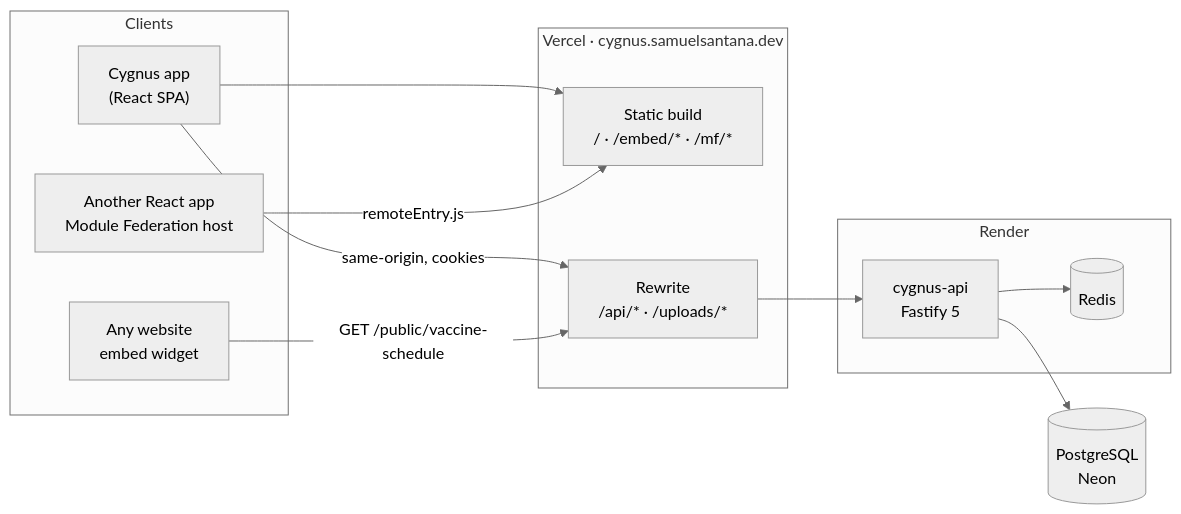
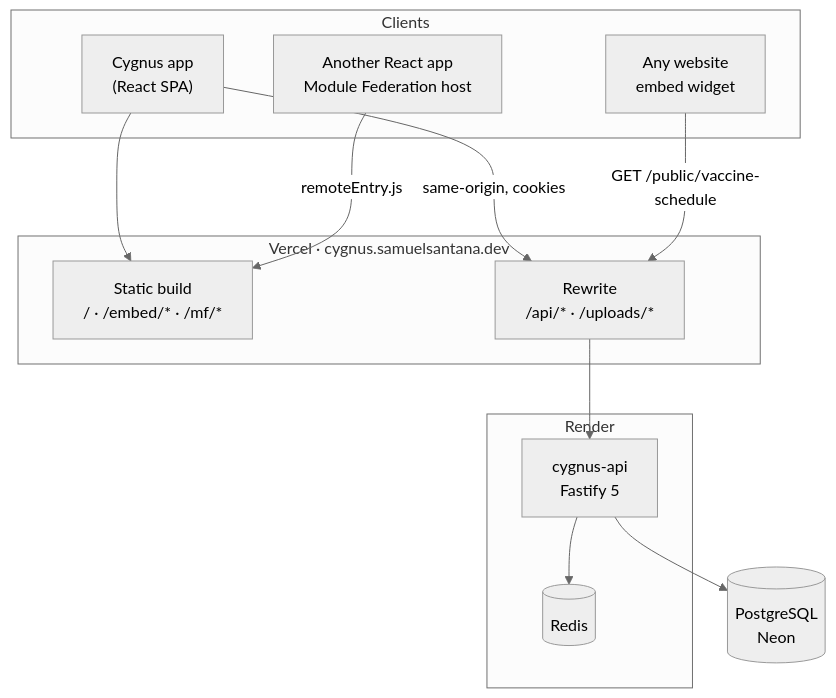
The diagram in README.md (samuelcsantana/cygnus), drawn with Mermaid (neutral theme) before and after one commit.

Commit message:
docs(readme): draw the architecture top to bottom
Left to right, the diagram was wider than the README column on GitHub, and the database node was cut off behind the zoom controls. Top to bottom it fits at 880px with its labels readable.

````diff
--- a/README.md
+++ b/README.md
@@ -120,25 +120,25 @@
 ```mermaid
-flowchart LR
+flowchart TB
   subgraph Clients
     SPA["Cygnus app<br/>(React SPA)"]
     Site["Any website<br/>embed widget"]
     Host["Another React app<br/>Module Federation host"]
   end
   subgraph Vercel["Vercel · cygnus.samuelsantana.dev"]
     Static["Static build<br/>/ · /embed/* · /mf/*"]
     Proxy["Rewrite<br/>/api/* · /uploads/*"]
   end
   subgraph Render
     API["cygnus-api<br/>Fastify 5"]
     Redis[("Redis")]
   end
   Neon[("PostgreSQL<br/>Neon")]
 
   SPA --> Static
   SPA -- "same-origin, cookies" --> Proxy
   Site -- "GET /public/vaccine-schedule" --> Proxy
   Host -- "remoteEntry.js" --> Static
   Proxy --> API
   API --> Neon
   API --> Redis
 ```
````
